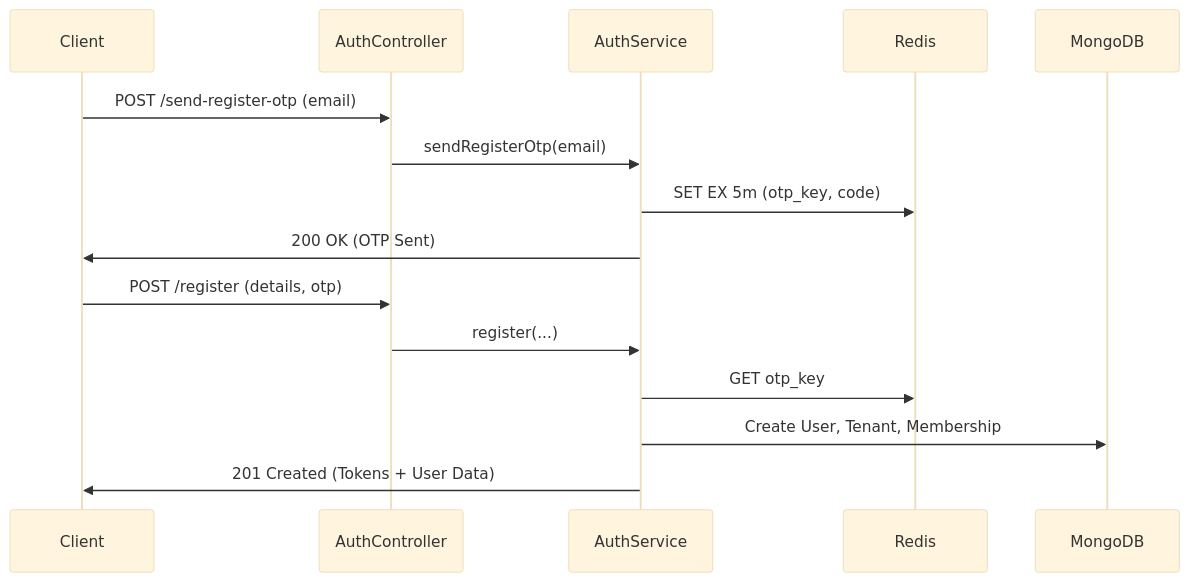
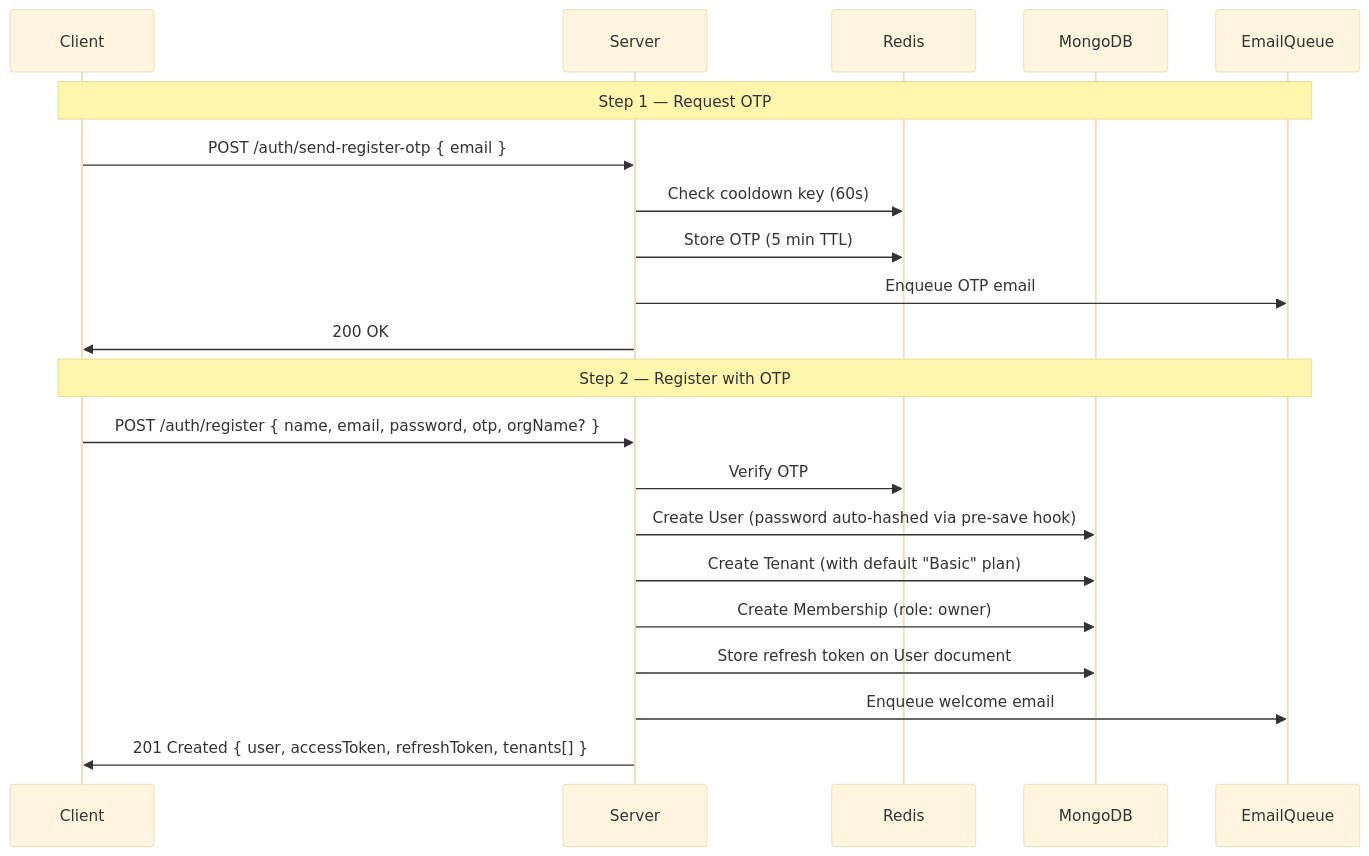
The second of 9 diagrams in apps/server/docs/architecture_and_flow.md (Adityakbr01/SHERYASSETS), drawn with Mermaid (base theme) before and after one commit. The commit also changed other lines of this file and 2 other files, not shown here.

Commit message:
docs: add architecture documentation and implement core authentication service with tests

````diff
--- a/apps/server/docs/architecture_and_flow.md
+++ b/apps/server/docs/architecture_and_flow.md
@@ -43,19 +130,25 @@
 ```mermaid
 sequenceDiagram
     participant Client
-    participant AuthController
-    participant AuthService
+    participant Server
     participant Redis
     participant MongoDB
+    participant EmailQueue
 
-    Client->>AuthController: POST /send-register-otp (email)
-    AuthController->>AuthService: sendRegisterOtp(email)
-    AuthService->>Redis: SET EX 5m (otp_key, code)
-    AuthService->>Client: 200 OK (OTP Sent)
+    Note over Client,EmailQueue: Step 1 — Request OTP
+    Client->>Server: POST /auth/send-register-otp { email }
+    Server->>Redis: Check cooldown key (60s)
+    Server->>Redis: Store OTP (5 min TTL)
+    Server->>EmailQueue: Enqueue OTP email
+    Server->>Client: 200 OK
 
-    Client->>AuthController: POST /register (details, otp)
-    AuthController->>AuthService: register(...)
-    AuthService->>Redis: GET otp_key
-    AuthService->>MongoDB: Create User, Tenant, Membership
-    AuthService->>Client: 201 Created (Tokens + User Data)
+    Note over Client,EmailQueue: Step 2 — Register with OTP
+    Client->>Server: POST /auth/register { name, email, password, otp, orgName? }
+    Server->>Redis: Verify OTP
+    Server->>MongoDB: Create User (password auto-hashed via pre-save hook)
+    Server->>MongoDB: Create Tenant (with default "Basic" plan)
+    Server->>MongoDB: Create Membership (role: owner)
+    Server->>MongoDB: Store refresh token on User document
+    Server->>EmailQueue: Enqueue welcome email
+    Server->>Client: 201 Created { user, accessToken, refreshToken, tenants[] }
 ```
````
